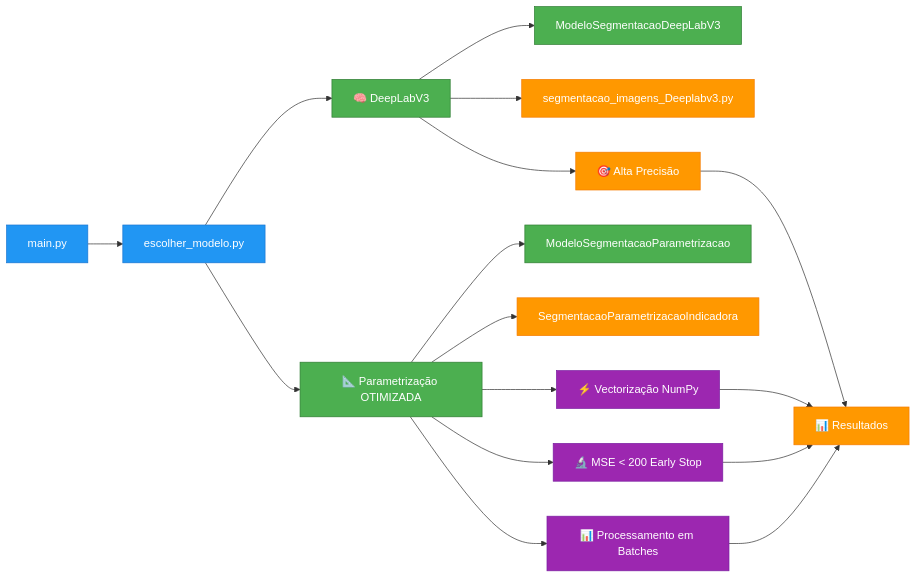
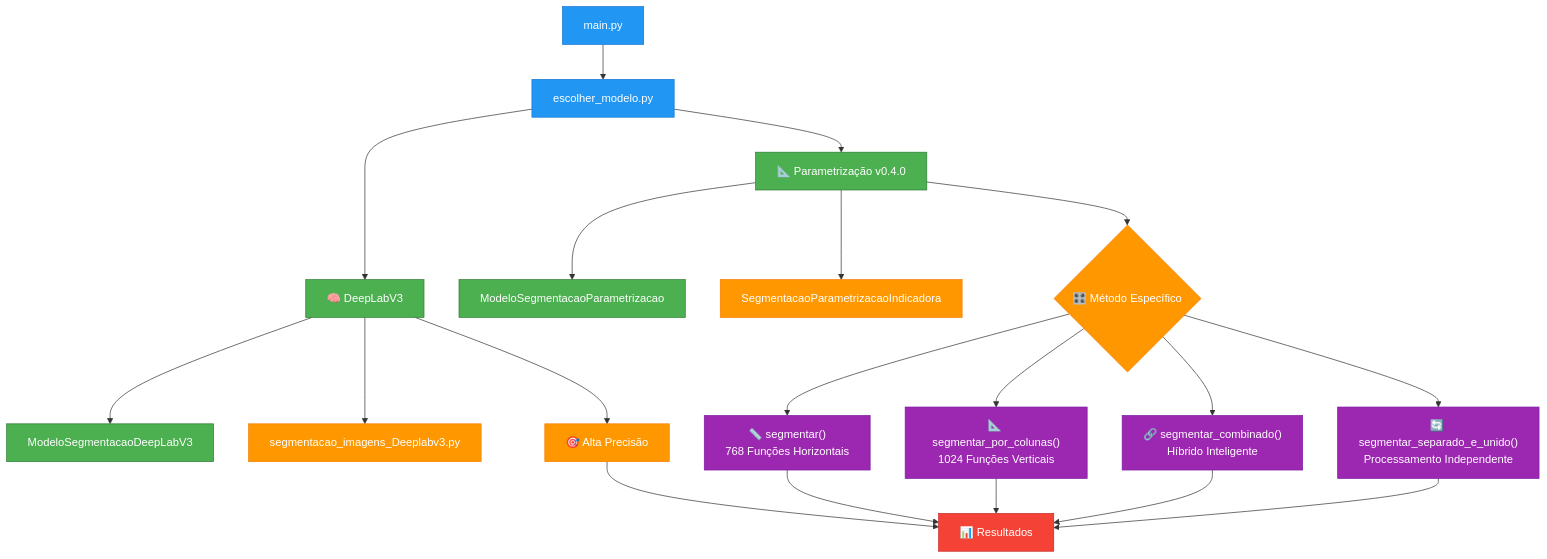
One commit to danilorigitano/DesafioInovia-dev changed the fifth of 8 diagrams in README.md. Above: the diagram before and after it, drawn with Mermaid. The commit also changed other lines of this file and 5 other files, not shown here.

````diff
--- a/README.md
+++ b/README.md
@@ -190,31 +377,37 @@
 ```mermaid
-graph LR
+graph TB
     A["main.py"] --> B["escolher_modelo.py"]
     B --> C["🧠 DeepLabV3"]
-    B --> D["📐 Parametrização OTIMIZADA"]
+    B --> D["📐 Parametrização v0.4.0"]
     
     C --> C1["ModeloSegmentacaoDeepLabV3"]
     C --> C2["segmentacao_imagens_Deeplabv3.py"]
     C --> C3["🎯 Alta Precisão"]
     
     D --> D1["ModeloSegmentacaoParametrizacao"]
     D --> D2["SegmentacaoParametrizacaoIndicadora"]
-    D --> D3["⚡ Vectorização NumPy"]
-    D --> D4["🔬 MSE < 200 Early Stop"]
-    D --> D5["📊 Processamento em Batches"]
+    D --> D3{🎛️ Método Específico}
     
-    C3 --> E["📊 Resultados"]
-    D3 --> E
-    D4 --> E
+    D3 --> D4["📏 segmentar()<br/>768 Funções Horizontais"]
+    D3 --> D5["📐 segmentar_por_colunas()<br/>1024 Funções Verticais"]
+    D3 --> D6["🔗 segmentar_combinado()<br/>Híbrido Inteligente"]
+    D3 --> D7["🔄 segmentar_separado_e_unido()<br/>Processamento Independente"]
+    
+    D4 --> E["📊 Resultados"]
     D5 --> E
+    D6 --> E
+    D7 --> E
+    C3 --> E
     
     classDef main fill:#2196F3,stroke:#1976D2,color:#fff
     classDef models fill:#4CAF50,stroke:#2E7D32,color:#fff
     classDef engines fill:#FF9800,stroke:#F57C00,color:#fff
-    classDef optimizations fill:#9C27B0,stroke:#7B1FA2,color:#fff
+    classDef methods fill:#9C27B0,stroke:#7B1FA2,color:#fff
+    classDef results fill:#F44336,stroke:#C62828,color:#fff
     
     class A,B main
     class C,D,C1,D1 models
-    class C2,C3,D2,E engines
-    class D3,D4,D5 optimizations
+    class C2,C3,D2,D3 engines
+    class D4,D5,D6,D7 methods
+    class E results
 ```
````
